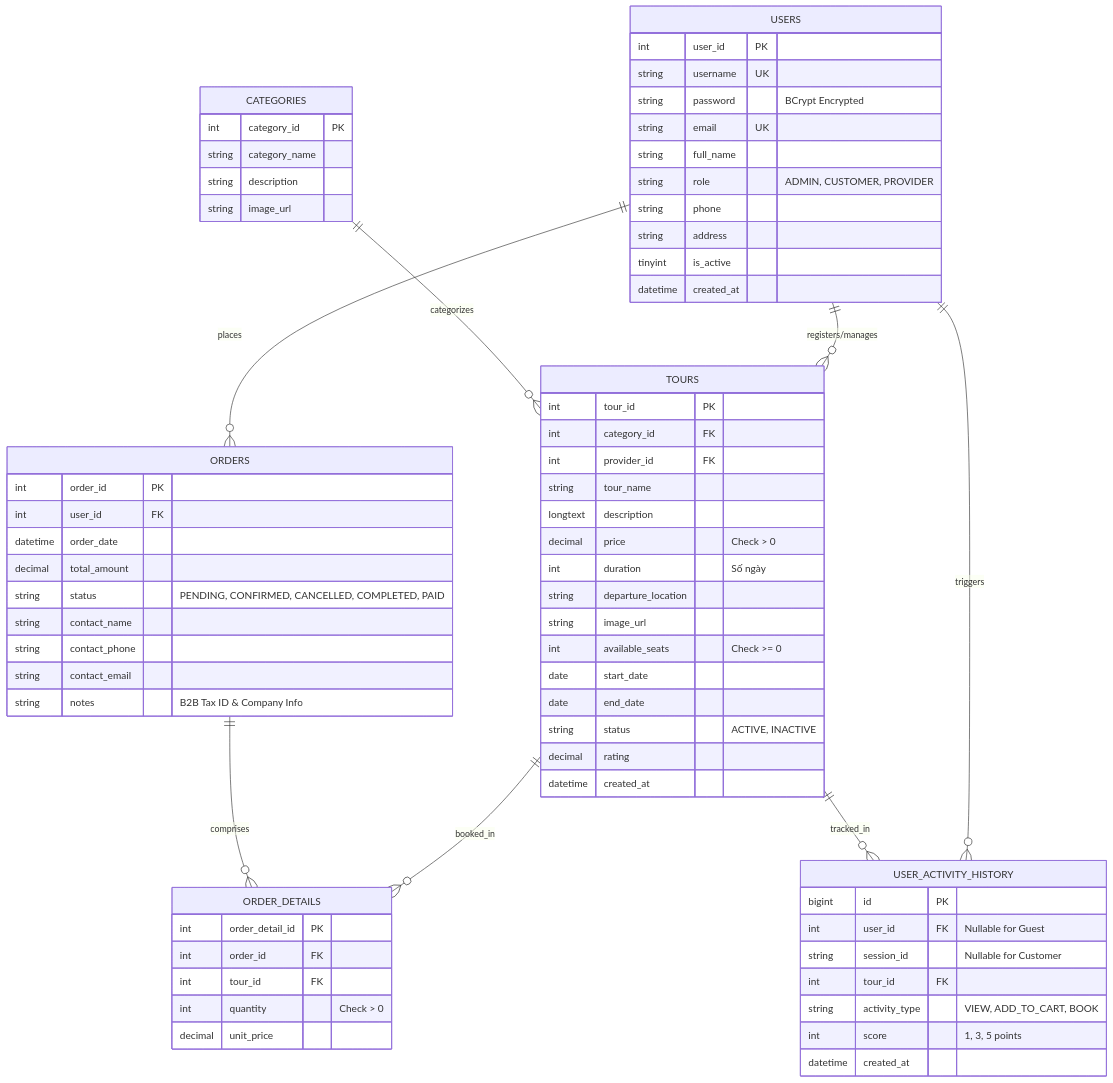
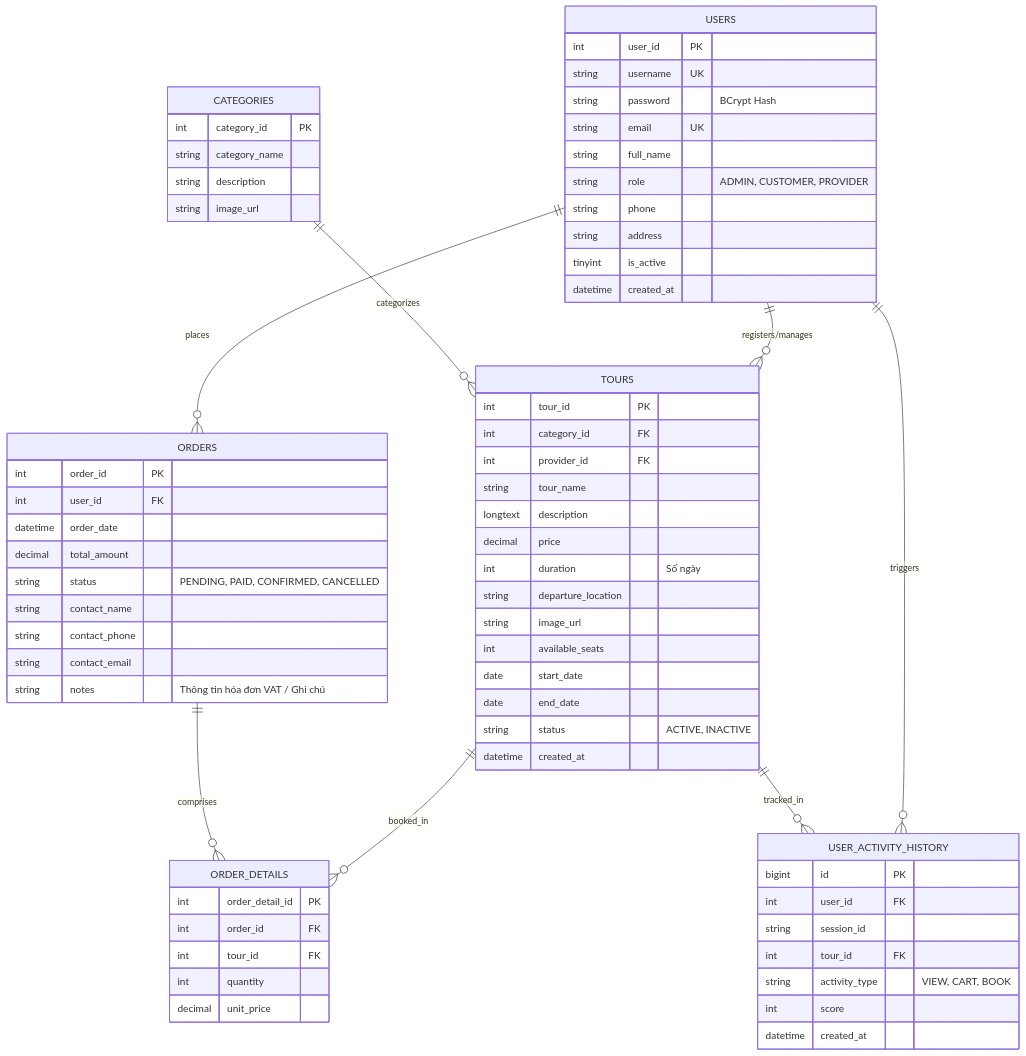
The second of 2 diagrams in README.md (DaMilos35/JavaWWW_Nhom5_TourBooking), drawn with Mermaid before and after one commit. The commit also changed other lines of this file, not shown here.

````diff
--- a/README.md
+++ b/README.md
@@ -215,78 +101,77 @@
 ```mermaid
 erDiagram
     USERS ||--o{ TOURS : "registers/manages"
     USERS ||--o{ ORDERS : "places"
     USERS ||--o{ USER_ACTIVITY_HISTORY : "triggers"
     CATEGORIES ||--o{ TOURS : "categorizes"
     TOURS ||--o{ ORDER_DETAILS : "booked_in"
     ORDERS ||--o{ ORDER_DETAILS : "comprises"
     TOURS ||--o{ USER_ACTIVITY_HISTORY : "tracked_in"
 
     USERS {
         int user_id PK
         string username UK
-        string password "BCrypt Encrypted"
+        string password "BCrypt Hash"
         string email UK
         string full_name
         string role "ADMIN, CUSTOMER, PROVIDER"
         string phone
         string address
         tinyint is_active
         datetime created_at
     }
 
     CATEGORIES {
         int category_id PK
         string category_name
         string description
         string image_url
     }
 
     TOURS {
         int tour_id PK
         int category_id FK
         int provider_id FK
         string tour_name
         longtext description
-        decimal price "Check > 0"
+        decimal price
         int duration "Số ngày"
         string departure_location
         string image_url
-        int available_seats "Check >= 0"
+        int available_seats
         date start_date
         date end_date
         string status "ACTIVE, INACTIVE"
-        decimal rating
         datetime created_at
     }
 
     ORDERS {
         int order_id PK
         int user_id FK
         datetime order_date
         decimal total_amount
-        string status "PENDING, CONFIRMED, CANCELLED, COMPLETED, PAID"
+        string status "PENDING, PAID, CONFIRMED, CANCELLED"
         string contact_name
         string contact_phone
         string contact_email
-        string notes "B2B Tax ID & Company Info"
+        string notes "Thông tin hóa đơn VAT / Ghi chú"
     }
 
     ORDER_DETAILS {
         int order_detail_id PK
         int order_id FK
         int tour_id FK
-        int quantity "Check > 0"
+        int quantity
         decimal unit_price
     }
 
     USER_ACTIVITY_HISTORY {
         bigint id PK
-        int user_id FK "Nullable for Guest"
-        string session_id "Nullable for Customer"
+        int user_id FK
+        string session_id
         int tour_id FK
-        string activity_type "VIEW, ADD_TO_CART, BOOK"
-        int score "1, 3, 5 points"
+        string activity_type "VIEW, CART, BOOK"
+        int score
         datetime created_at
     }
 ```
````
